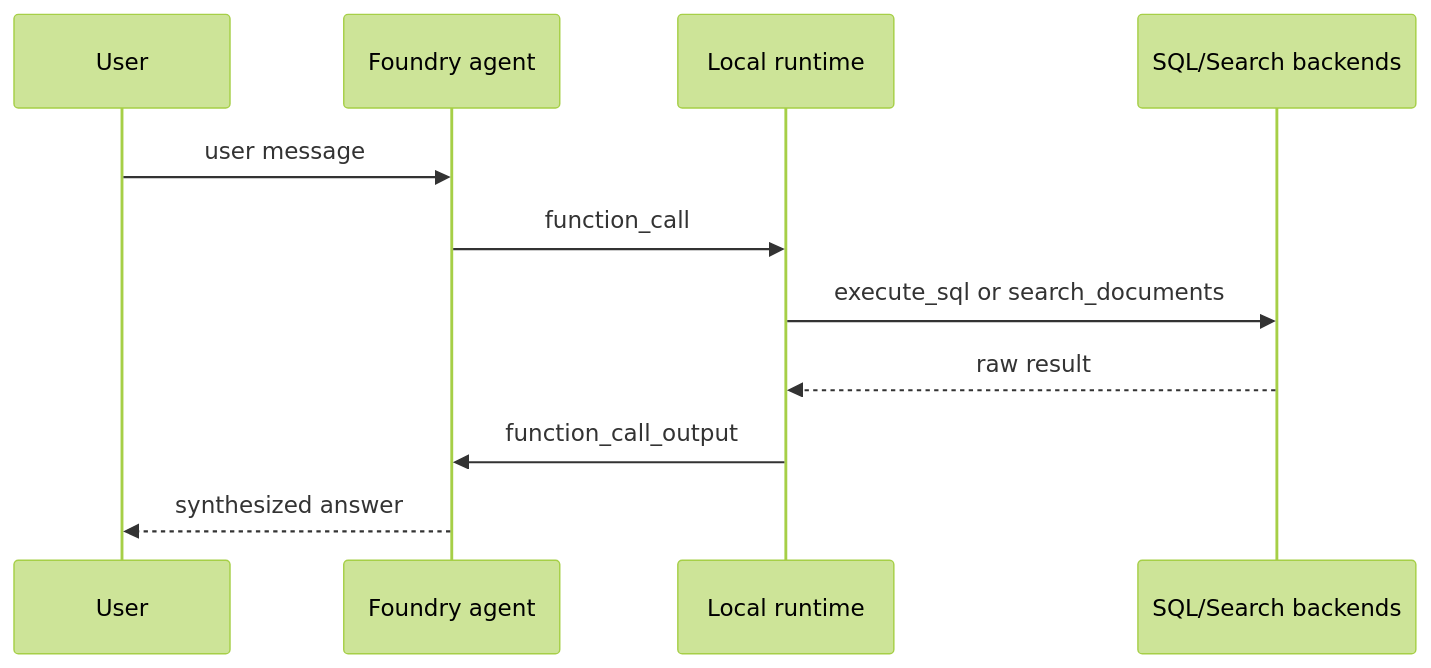
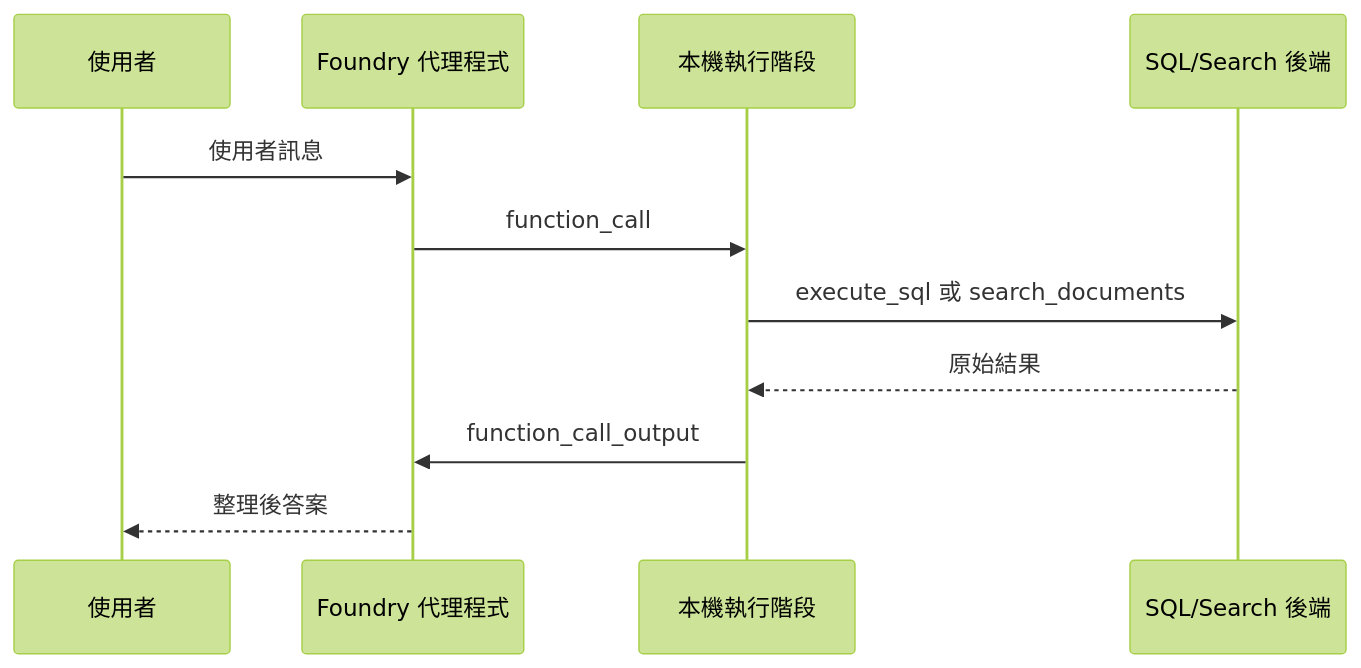
The diagram in workshop/docs/03-understand/03-foundry-tool.md (payton-chou-ms/e2e-ms-foundry-workshop), drawn with Mermaid (forest theme) before and after one commit. The commit also changed other lines of this file and 43 other files, not shown here.

````diff
--- a/workshop/docs/03-understand/03-foundry-tool.md
+++ b/workshop/docs/03-understand/03-foundry-tool.md
@@ -84,14 +84,14 @@
 ```mermaid
 sequenceDiagram
-    participant U as User
-    participant A as Foundry agent
-    participant R as Local runtime
-    participant S as SQL/Search backends
+    participant U as 使用者
+    participant A as Foundry 代理程式
+    participant R as 本機執行階段
+    participant S as SQL/Search 後端
 
-    U->>A: user message
+    U->>A: 使用者訊息
     A->>R: function_call
-    R->>S: execute_sql or search_documents
-    S-->>R: raw result
+    R->>S: execute_sql 或 search_documents
+    S-->>R: 原始結果
     R->>A: function_call_output
-    A-->>U: synthesized answer
+    A-->>U: 整理後答案
 ```
````
